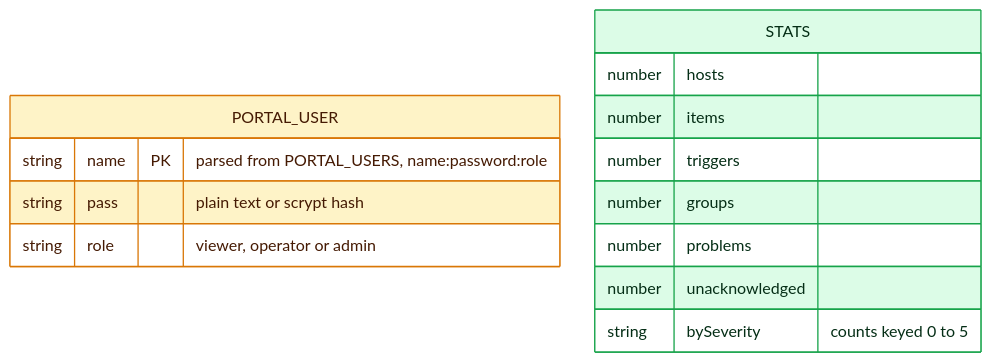
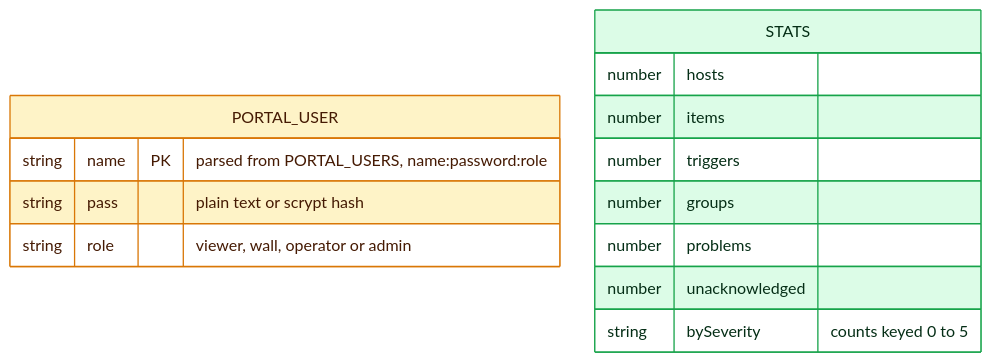
Before and after one commit to Fxkra28/Dashboard-Zabbix-Prototype: the tenth of 10 diagrams in docs/erd/vanilla/ERD-Domains.md, drawn with Mermaid. The commit also changed 505 other files, not shown here.

````diff
--- a/docs/erd/vanilla/ERD-Domains.md
+++ b/docs/erd/vanilla/ERD-Domains.md
@@ -703,29 +703,29 @@
 ```mermaid
 ---
 config:
   layout: elk
 ---
 erDiagram
     direction TB
     PORTAL_USER {
         string name PK "parsed from PORTAL_USERS, name:password:role"
         string pass "plain text or scrypt hash"
-        string role "viewer, operator or admin"
+        string role "viewer, wall, operator or admin"
     }
     STATS {
         number hosts
         number items
         number triggers
         number groups
         number problems
         number unacknowledged
         string bySeverity "counts keyed 0 to 5"
     }
 
     classDef zbx      fill:#dbeafe,stroke:#2563eb,color:#14213d
     classDef derived  fill:#dcfce7,stroke:#16a34a,color:#052e16
     classDef local    fill:#fef3c7,stroke:#d97706,color:#451a03
     classDef external fill:#f1f5f9,stroke:#94a3b8,color:#475569
     class STATS derived
     class PORTAL_USER local
 ```
````
